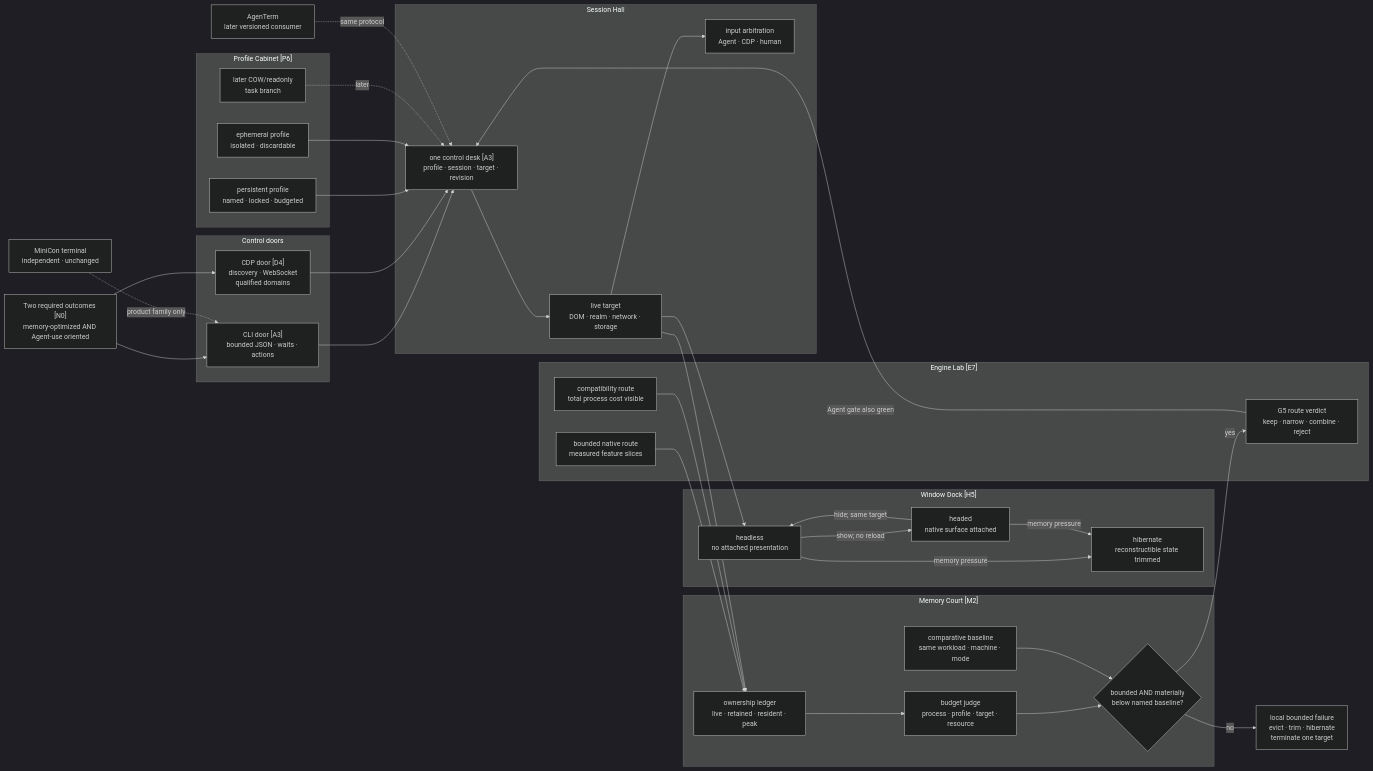
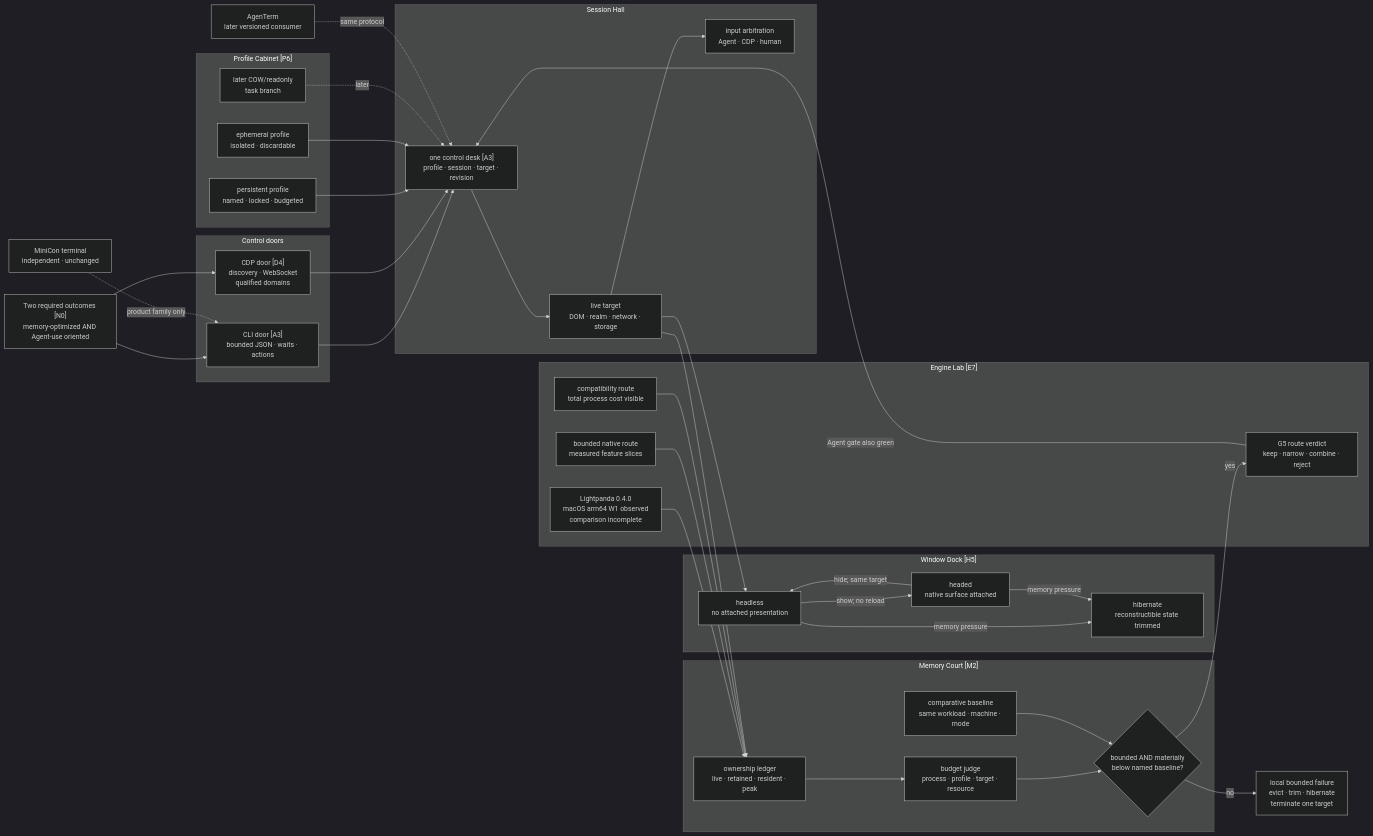
Before and after one commit to partnernetsoftware/minicon-surf: the diagram in plan/plan-0.0.x.md, drawn with Mermaid (dark theme). The commit also changed other lines of this file and 9 other files, not shown here.

````diff
--- a/plan/plan-0.0.x.md
+++ b/plan/plan-0.0.x.md
@@ -149,62 +150,63 @@
 ```mermaid
 flowchart LR
     U["Two required outcomes [N0]<br/>memory-optimized AND Agent-use oriented"]
 
     subgraph ENTRY["Control doors"]
         CLI["CLI door [A3]<br/>bounded JSON · waits · actions"]
         CDP["CDP door [D4]<br/>discovery · WebSocket<br/>qualified domains"]
     end
 
     subgraph ID["Profile Cabinet [P6]"]
         PP["persistent profile<br/>named · locked · budgeted"]
         EP["ephemeral profile<br/>isolated · discardable"]
         CP["later COW/readonly<br/>task branch"]
     end
 
     subgraph LIVE["Session Hall"]
         CTRL["one control desk [A3]<br/>profile · session · target · revision"]
         PAGE["live target<br/>DOM · realm · network · storage"]
         ARB["input arbitration<br/>Agent · CDP · human"]
     end
 
     subgraph SURF["Window Dock [H5]"]
         OFF["headless<br/>no attached presentation"]
         ON["headed<br/>native surface attached"]
         HIB["hibernate<br/>reconstructible state trimmed"]
     end
 
     subgraph MEM["Memory Court [M2]"]
         BOOK["ownership ledger<br/>live · retained · resident · peak"]
         LIMIT["budget judge<br/>process · profile · target · resource"]
         BASE["comparative baseline<br/>same workload · machine · mode"]
         PRESS{"bounded AND materially<br/>below named baseline?"}
     end
 
     subgraph LAB["Engine Lab [E7]"]
+        LP["Lightpanda 0.4.0<br/>macOS arm64 W1 observed<br/>comparison incomplete"]
         NATIVE["bounded native route<br/>measured feature slices"]
         COMPAT["compatibility route<br/>total process cost visible"]
         DECIDE["G5 route verdict<br/>keep · narrow · combine · reject"]
     end
 
     AT["AgenTerm<br/>later versioned consumer"]
     MINI["MiniCon terminal<br/>independent · unchanged"]
     FAIL["local bounded failure<br/>evict · trim · hibernate<br/>terminate one target"]
 
     U --> CLI & CDP
     CLI & CDP --> CTRL
     PP & EP --> CTRL
     CP -. later .-> CTRL
     CTRL --> PAGE --> ARB
     PAGE --> OFF
     OFF -->|show; no reload| ON
     ON -->|hide; same target| OFF
     OFF & ON -->|memory pressure| HIB
     PAGE --> BOOK --> LIMIT --> PRESS
     BASE --> PRESS
-    NATIVE & COMPAT --> BOOK
+    LP & NATIVE & COMPAT --> BOOK
     PRESS -->|yes| DECIDE
     PRESS -->|no| FAIL
     DECIDE -->|Agent gate also green| CTRL
     AT -. same protocol .-> CTRL
     MINI -. product family only .-> CLI
 ```
````
